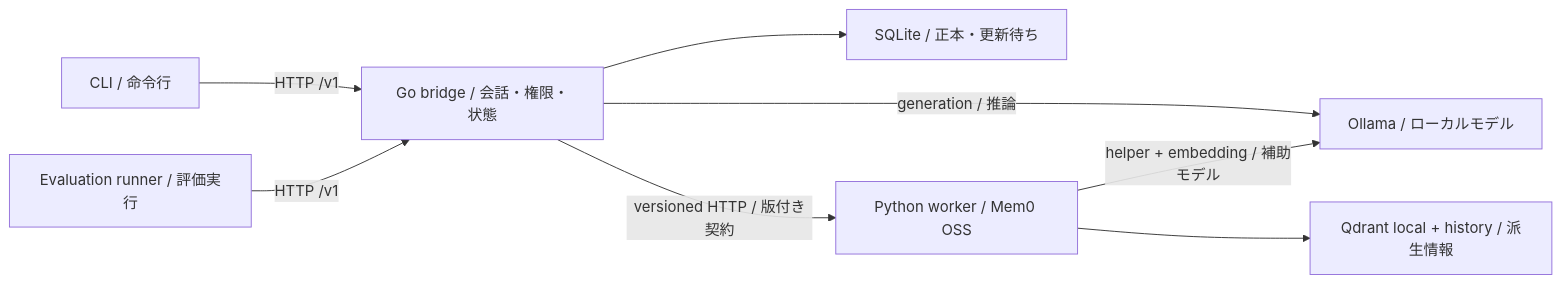
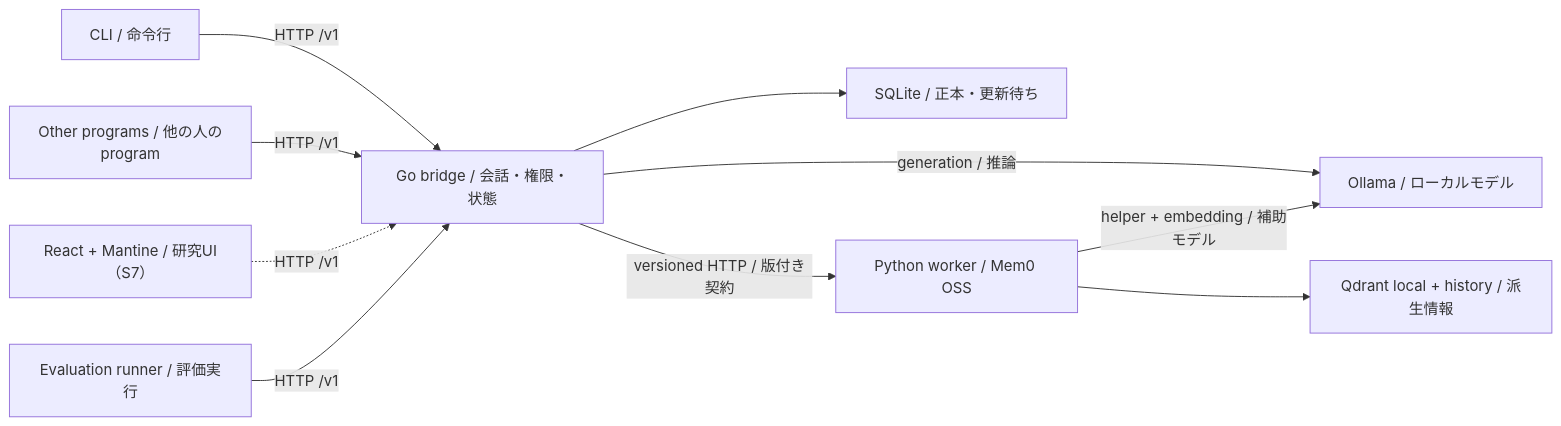
One commit to lorendw7/kyudai-llm-context-bridge changed the diagram in docs/architecture.md. Above: the diagram before and after it, drawn with Mermaid. The commit also changed other lines of this file and 14 other files, not shown here.

````diff
--- a/docs/architecture.md
+++ b/docs/architecture.md
@@ -78,10 +78,12 @@
 ```mermaid
 flowchart LR
     CLI["CLI / 命令行"] -->|"HTTP /v1"| Go["Go bridge / 会話・権限・状態"]
+    Other["Other programs / 他の人のprogram"] -->|"HTTP /v1"| Go
+    UI["React + Mantine / 研究UI（S7）"] -.->|"HTTP /v1"| Go
     Runner["Evaluation runner / 評価実行"] -->|"HTTP /v1"| Go
     Go --> Source["SQLite / 正本・更新待ち"]
     Go -->|"generation / 推論"| Ollama["Ollama / ローカルモデル"]
     Go -->|"versioned HTTP / 版付き契約"| Worker["Python worker / Mem0 OSS"]
     Worker --> Derived["Qdrant local + history / 派生情報"]
     Worker -->|"helper + embedding / 補助モデル"| Ollama
 ```
````
